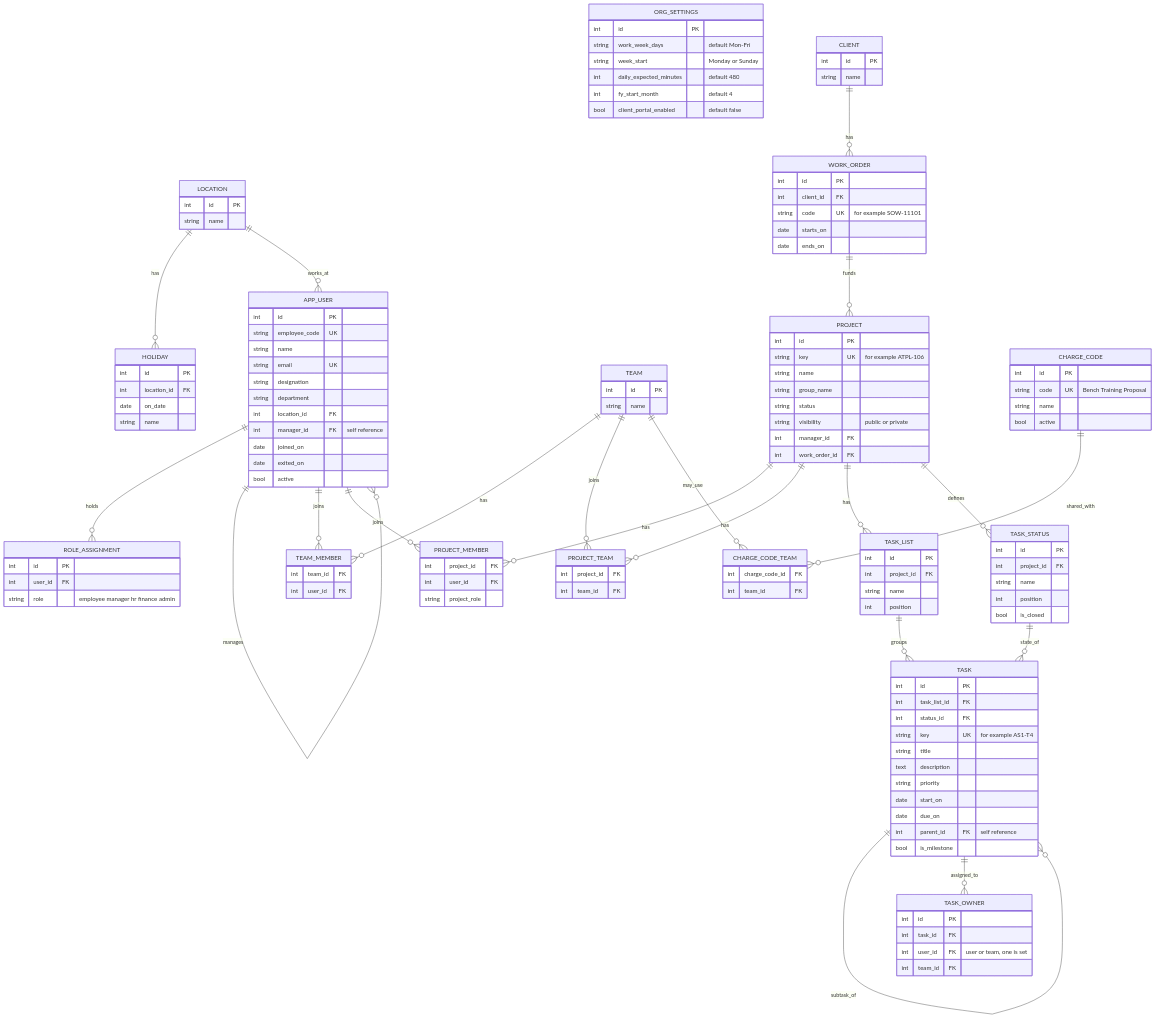
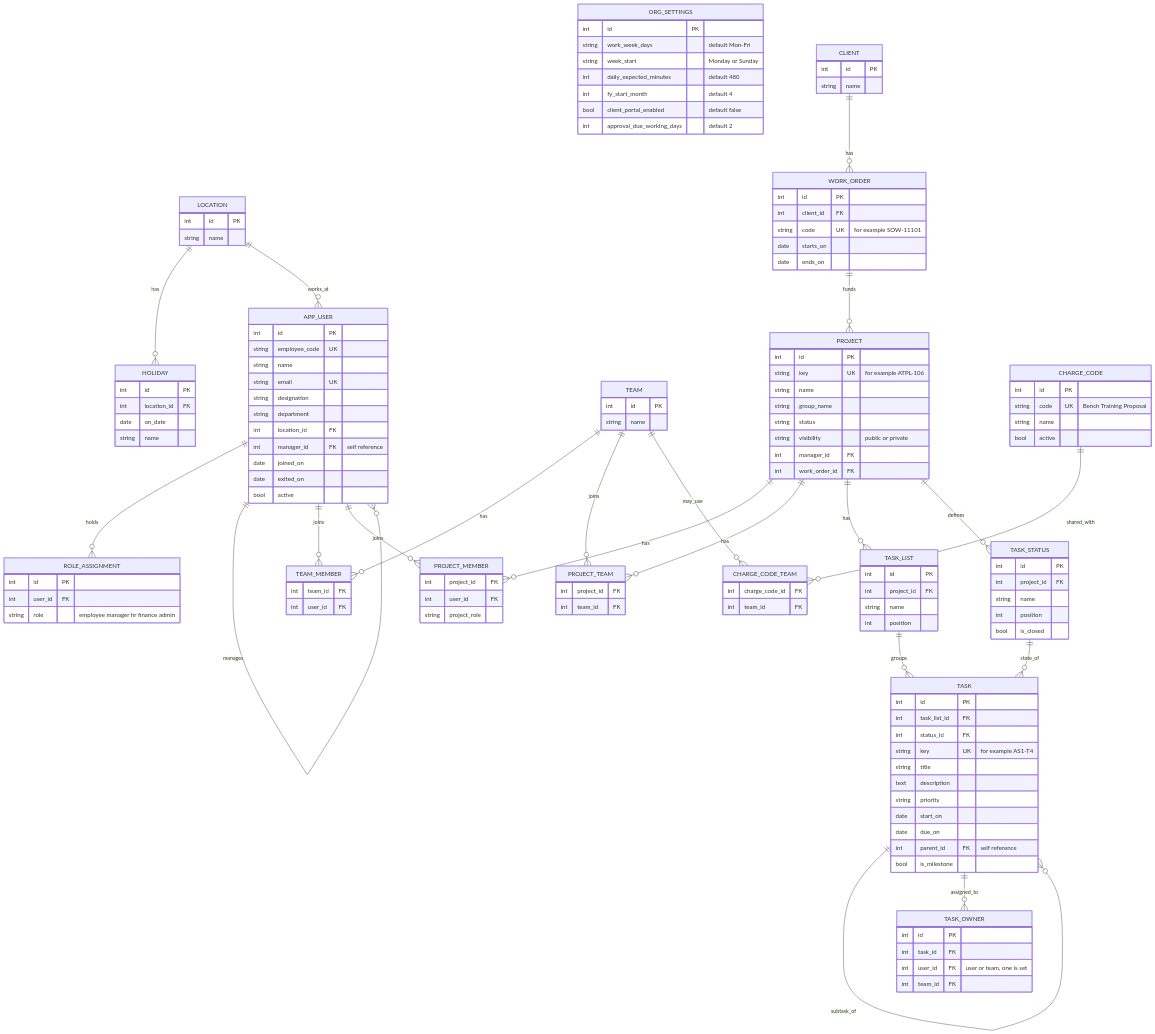
The first of 3 diagrams in api/docs/erd.md (jimpaul0709/Zoho-replica), drawn with Mermaid before and after one commit. The commit also changed other lines of this file and 17 other files, not shown here.

```diff
--- a/api/docs/erd.md
+++ b/api/docs/erd.md
@@ -38,6 +40,7 @@
     int daily_expected_minutes "default 480"
     int fy_start_month "default 4"
     bool client_portal_enabled "default false"
+    int approval_due_working_days "default 2"
   }
   LOCATION ||--o{ HOLIDAY : has
   LOCATION ||--o{ APP_USER : works_at
```
